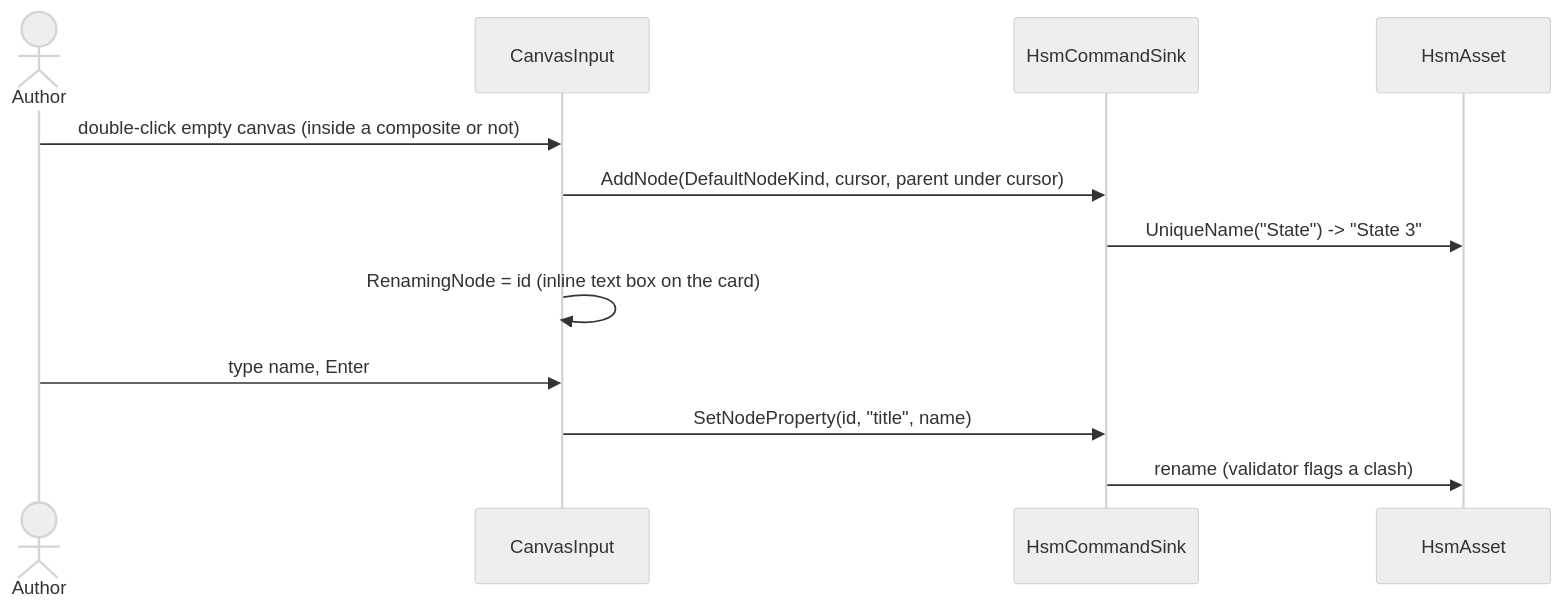
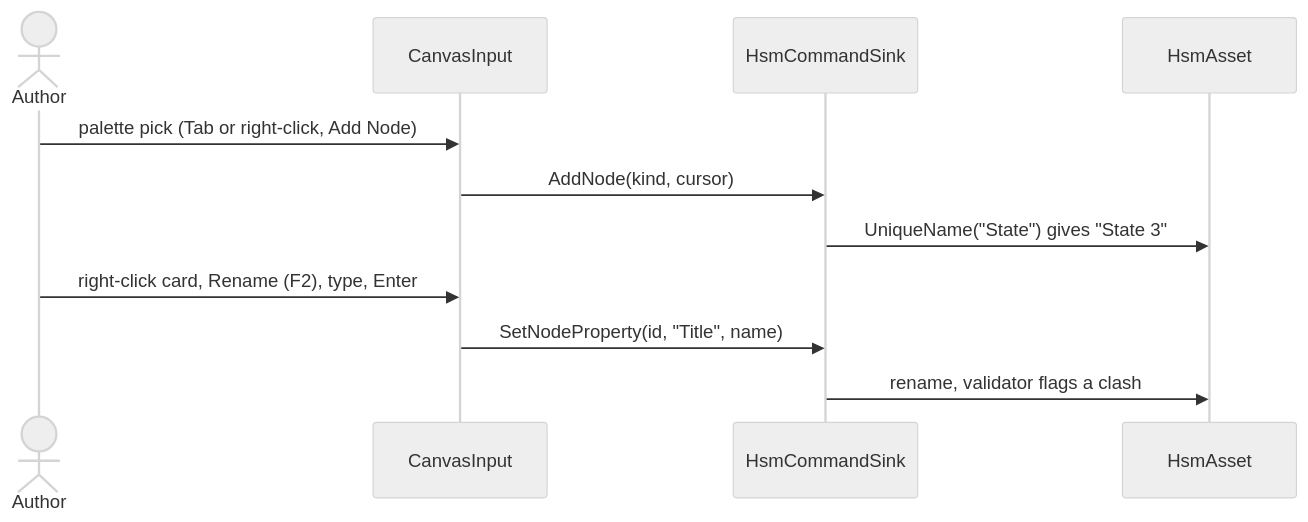
One commit to pjanec/HROT changed the fourth of 5 diagrams in docs/blueprints/DESIGN_Hsm_Canvas_Authoring.md. Above: the diagram before and after it, drawn with Mermaid (neutral theme). The commit also changed other lines of this file and 2 other files, not shown here.

First line of the commit message:
docs(HSM UX): revise canvas design per user — palette placement, "Add Transition" menu, picker on empty drop

````diff
--- a/docs/blueprints/DESIGN_Hsm_Canvas_Authoring.md
+++ b/docs/blueprints/DESIGN_Hsm_Canvas_Authoring.md
@@ -179,14 +184,13 @@
 ```mermaid
 sequenceDiagram
     actor U as Author
     participant I as CanvasInput
     participant S as HsmCommandSink
     participant A as HsmAsset
-    U->>I: double-click empty canvas (inside a composite or not)
-    I->>S: AddNode(DefaultNodeKind, cursor, parent under cursor)
-    S->>A: UniqueName("State") -> "State 3"
-    I->>I: RenamingNode = id (inline text box on the card)
-    U->>I: type name, Enter
-    I->>S: SetNodeProperty(id, "title", name)
-    S->>A: rename (validator flags a clash)
+    U->>I: palette pick (Tab or right-click, Add Node)
+    I->>S: AddNode(kind, cursor)
+    S->>A: UniqueName("State") gives "State 3"
+    U->>I: right-click card, Rename (F2), type, Enter
+    I->>S: SetNodeProperty(id, "Title", name)
+    S->>A: rename, validator flags a clash
 ```
````
